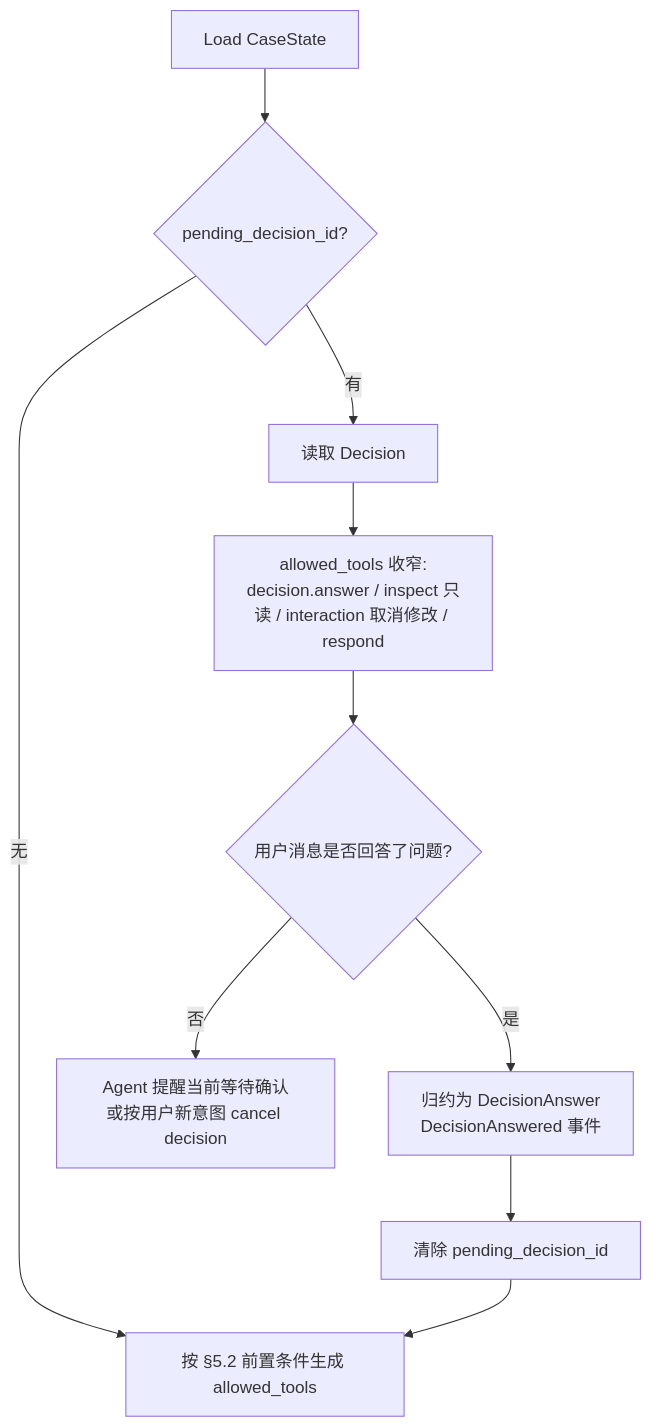
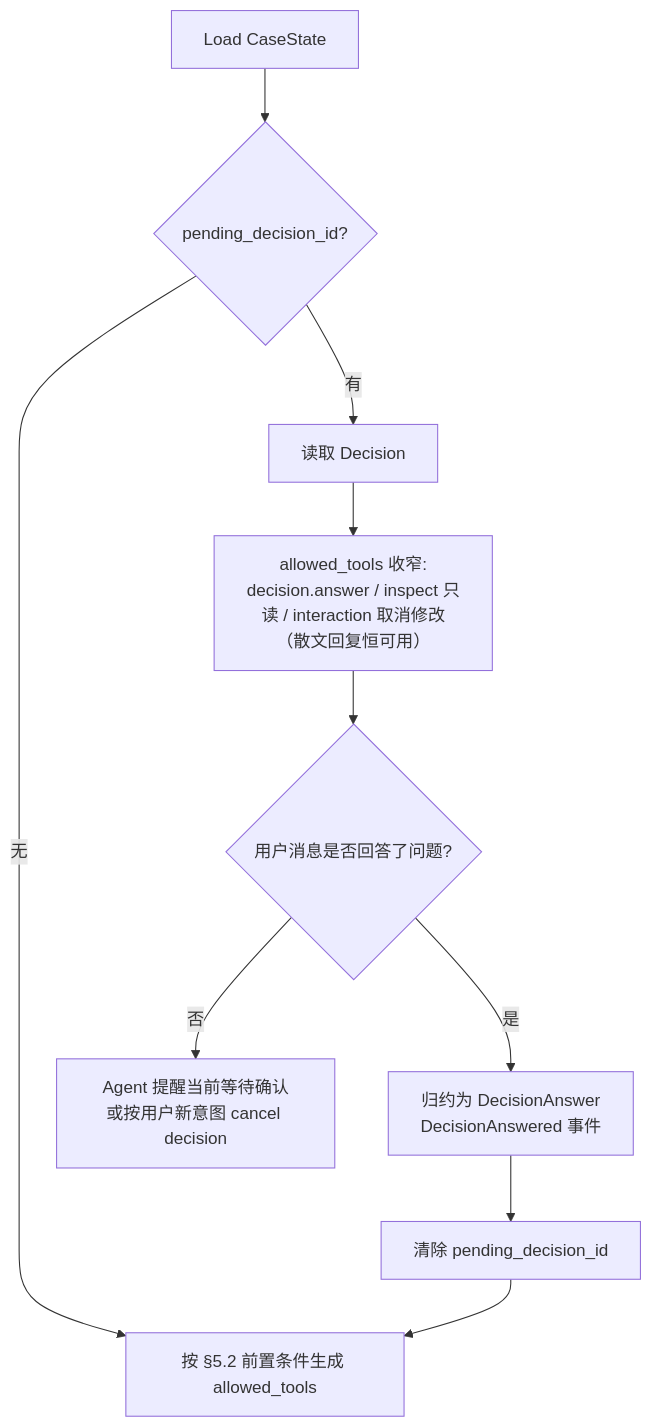
Diagram 12 of 23 in chat_first_editing_agent_prd_v1_2.md (nanzhi84/Rushes), drawn with Mermaid before and after one commit. The commit also changed other lines of this file and 40 other files, not shown here.

````diff
--- a/chat_first_editing_agent_prd_v1_2.md
+++ b/chat_first_editing_agent_prd_v1_2.md
@@ -942,12 +948,12 @@
 ```mermaid
 flowchart TB
   A["Load CaseState"] --> B{"pending_decision_id?"}
   B -->|无| C["按 §5.2 前置条件生成 allowed_tools"]
   B -->|有| D["读取 Decision"]
-  D --> E["allowed_tools 收窄:<br/>decision.answer / inspect 只读 / interaction 取消修改 / respond"]
+  D --> E["allowed_tools 收窄:<br/>decision.answer / inspect 只读 / interaction 取消修改（散文回复恒可用）"]
   E --> F{"用户消息是否回答了问题?"}
   F -->|是| G["归约为 DecisionAnswer<br/>DecisionAnswered 事件"]
   F -->|否| H["Agent 提醒当前等待确认<br/>或按用户新意图 cancel decision"]
   G --> I["清除 pending_decision_id"]
   I --> C
 ```
````
